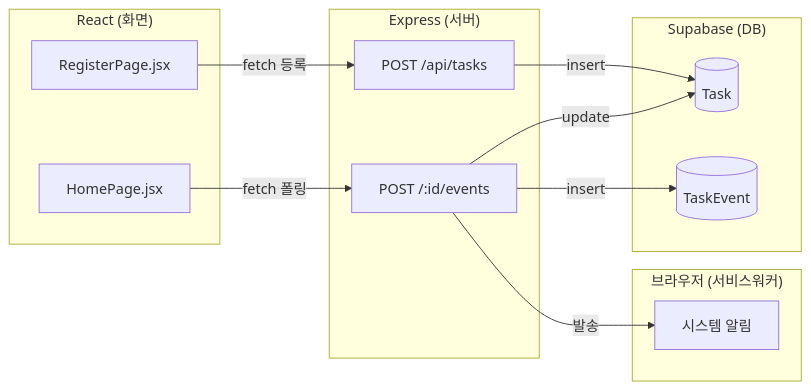
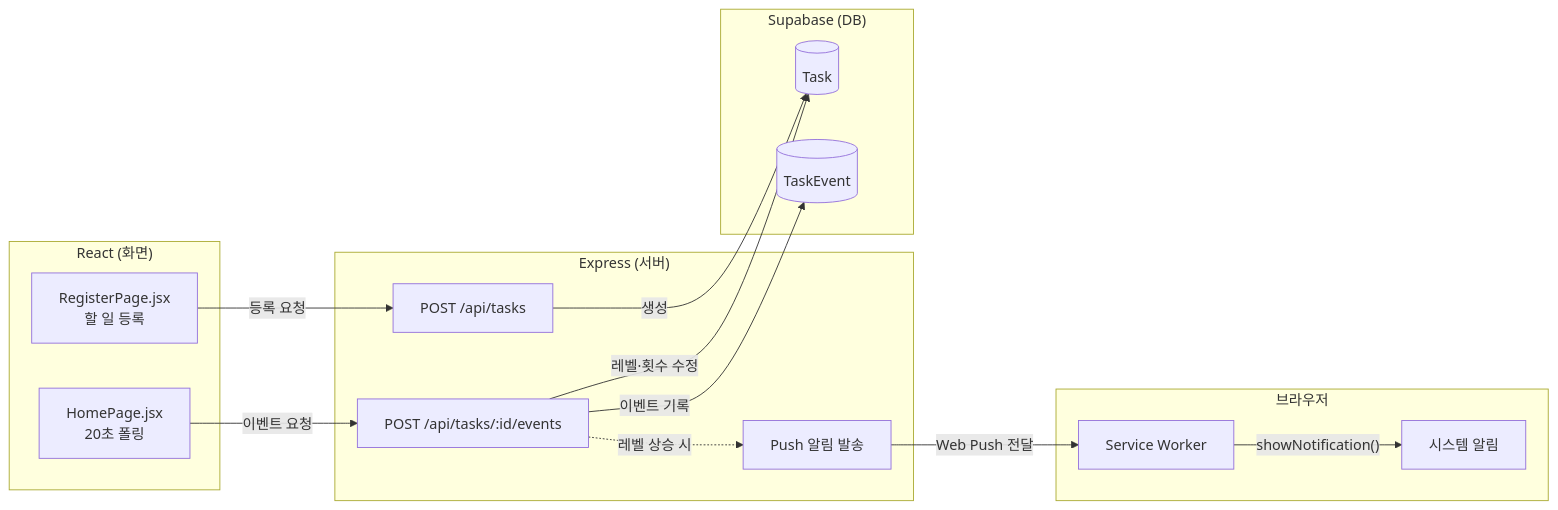
One commit to Mureung1/hub-showcase changed the diagram in README.md. Above: the diagram before and after it, drawn with Mermaid.

Commit message:
docs: README 아키텍처 다이어그램에 Push 발송 경로(서비스워커) 세분화

````diff
--- a/README.md
+++ b/README.md
@@ -47,24 +47,34 @@
 ```mermaid
 flowchart LR
     subgraph FE["React (화면)"]
-        Register["RegisterPage.jsx"]
-        Home["HomePage.jsx"]
+        Register["RegisterPage.jsx<br/>할 일 등록"]
+        Home["HomePage.jsx<br/>20초 폴링"]
     end
+
     subgraph SRV["Express (서버)"]
         R1["POST /api/tasks"]
-        R2["POST /:id/events"]
+        R2["POST /api/tasks/:id/events"]
+        Push["Push 알림 발송"]
     end
+
     subgraph DB["Supabase (DB)"]
         Task[("Task")]
         Event[("TaskEvent")]
     end
-    subgraph SW["브라우저 (서비스워커)"]
+
+    subgraph Browser["브라우저"]
+        SW["Service Worker"]
         Notif["시스템 알림"]
     end
-    Register -->|"fetch 등록"| R1
-    Home -->|"fetch 폴링"| R2
-    R1 -->|"insert"| Task
-    R2 -->|"update"| Task
-    R2 -->|"insert"| Event
-    R2 -->|"발송"| Notif
+
+    Register -->|"등록 요청"| R1
+    Home -->|"이벤트 요청"| R2
+
+    R1 -->|"생성"| Task
+    R2 -->|"레벨·횟수 수정"| Task
+    R2 -->|"이벤트 기록"| Event
+
+    R2 -.->|"레벨 상승 시"| Push
+    Push -->|"Web Push 전달"| SW
+    SW -->|"showNotification()"| Notif
 ```
````
